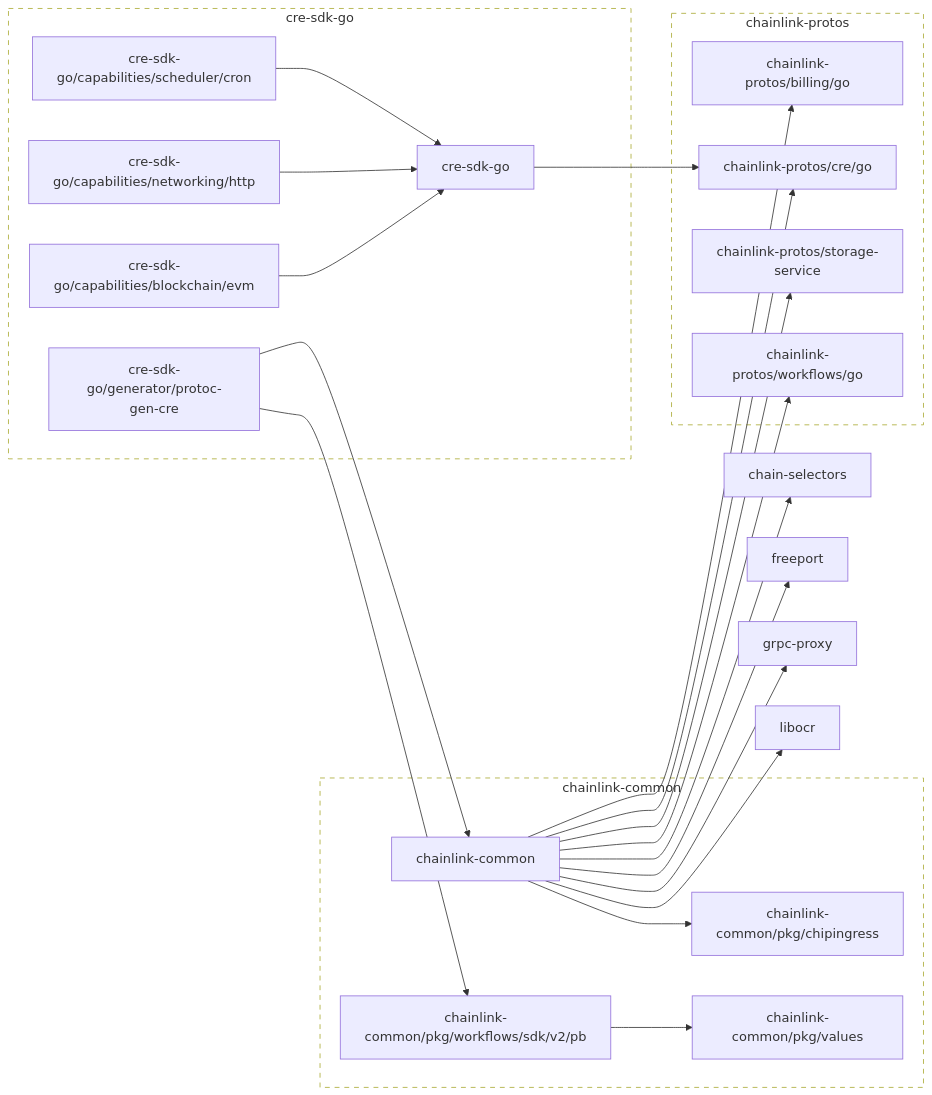
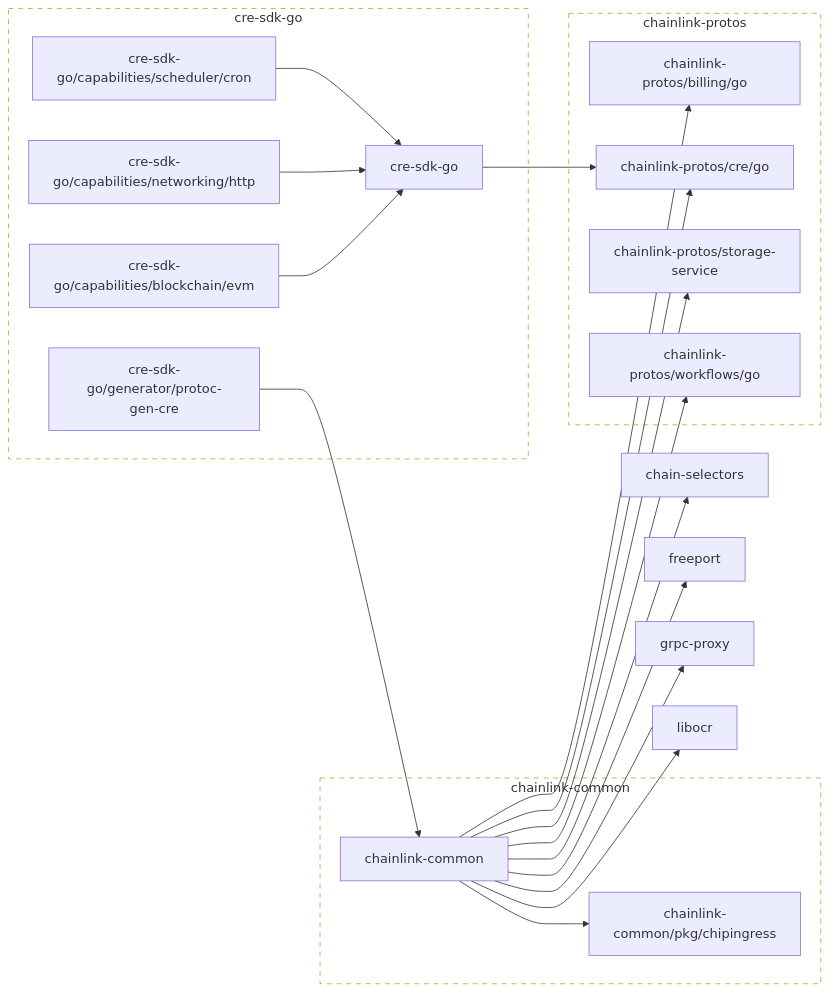
The diagram in go.md (smartcontractkit/cre-sdk-go), drawn with Mermaid before and after one commit. The commit also changed 3 other files, not shown here.

Commit message:
Fix the generator to remove old reference to sdk protos in common

````diff
--- a/go.md
+++ b/go.md
@@ -2,75 +2,68 @@
 ```mermaid
 flowchart LR
 
 	chain-selectors
 	click chain-selectors href "https://github.com/smartcontractkit/chain-selectors"
 	chainlink-common --> chain-selectors
 	chainlink-common --> chainlink-common/pkg/chipingress
 	chainlink-common --> chainlink-protos/billing/go
 	chainlink-common --> chainlink-protos/cre/go
 	chainlink-common --> chainlink-protos/storage-service
 	chainlink-common --> chainlink-protos/workflows/go
 	chainlink-common --> freeport
 	chainlink-common --> grpc-proxy
 	chainlink-common --> libocr
 	click chainlink-common href "https://github.com/smartcontractkit/chainlink-common"
 	chainlink-common/pkg/chipingress
 	click chainlink-common/pkg/chipingress href "https://github.com/smartcontractkit/chainlink-common"
-	chainlink-common/pkg/values
-	click chainlink-common/pkg/values href "https://github.com/smartcontractkit/chainlink-common"
-	chainlink-common/pkg/workflows/sdk/v2/pb --> chainlink-common/pkg/values
-	click chainlink-common/pkg/workflows/sdk/v2/pb href "https://github.com/smartcontractkit/chainlink-common"
 	chainlink-protos/billing/go
 	click chainlink-protos/billing/go href "https://github.com/smartcontractkit/chainlink-protos"
 	chainlink-protos/cre/go
 	click chainlink-protos/cre/go href "https://github.com/smartcontractkit/chainlink-protos"
 	chainlink-protos/storage-service
 	click chainlink-protos/storage-service href "https://github.com/smartcontractkit/chainlink-protos"
 	chainlink-protos/workflows/go
 	click chainlink-protos/workflows/go href "https://github.com/smartcontractkit/chainlink-protos"
 	cre-sdk-go --> chainlink-protos/cre/go
 	click cre-sdk-go href "https://github.com/smartcontractkit/cre-sdk-go"
 	cre-sdk-go/capabilities/blockchain/evm --> cre-sdk-go
 	click cre-sdk-go/capabilities/blockchain/evm href "https://github.com/smartcontractkit/cre-sdk-go"
 	cre-sdk-go/capabilities/networking/http --> cre-sdk-go
 	click cre-sdk-go/capabilities/networking/http href "https://github.com/smartcontractkit/cre-sdk-go"
 	cre-sdk-go/capabilities/scheduler/cron --> cre-sdk-go
 	click cre-sdk-go/capabilities/scheduler/cron href "https://github.com/smartcontractkit/cre-sdk-go"
 	cre-sdk-go/generator/protoc-gen-cre --> chainlink-common
-	cre-sdk-go/generator/protoc-gen-cre --> chainlink-common/pkg/workflows/sdk/v2/pb
 	click cre-sdk-go/generator/protoc-gen-cre href "https://github.com/smartcontractkit/cre-sdk-go"
 	freeport
 	click freeport href "https://github.com/smartcontractkit/freeport"
 	grpc-proxy
 	click grpc-proxy href "https://github.com/smartcontractkit/grpc-proxy"
 	libocr
 	click libocr href "https://github.com/smartcontractkit/libocr"
 
 	subgraph chainlink-common-repo[chainlink-common]
 		 chainlink-common
 		 chainlink-common/pkg/chipingress
-		 chainlink-common/pkg/values
-		 chainlink-common/pkg/workflows/sdk/v2/pb
 	end
 	click chainlink-common-repo href "https://github.com/smartcontractkit/chainlink-common"
 
 	subgraph chainlink-protos-repo[chainlink-protos]
 		 chainlink-protos/billing/go
 		 chainlink-protos/cre/go
 		 chainlink-protos/storage-service
 		 chainlink-protos/workflows/go
 	end
 	click chainlink-protos-repo href "https://github.com/smartcontractkit/chainlink-protos"
 
 	subgraph cre-sdk-go-repo[cre-sdk-go]
 		 cre-sdk-go
 		 cre-sdk-go/capabilities/blockchain/evm
 		 cre-sdk-go/capabilities/networking/http
 		 cre-sdk-go/capabilities/scheduler/cron
 		 cre-sdk-go/generator/protoc-gen-cre
 	end
 	click cre-sdk-go-repo href "https://github.com/smartcontractkit/cre-sdk-go"
 
 	classDef outline stroke-dasharray:6,fill:none;
 	class chainlink-common-repo,chainlink-protos-repo,cre-sdk-go-repo outline
 ```
````
